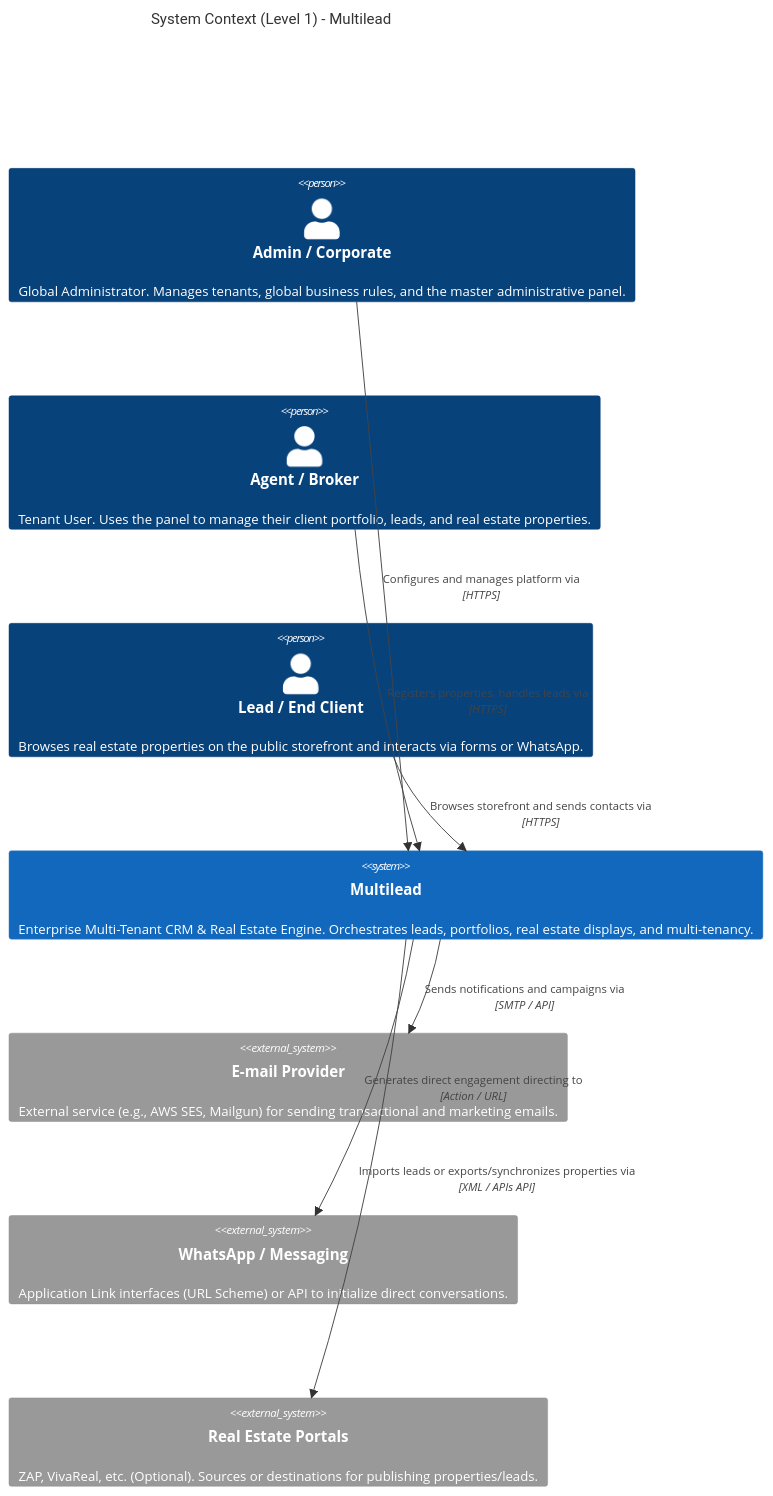
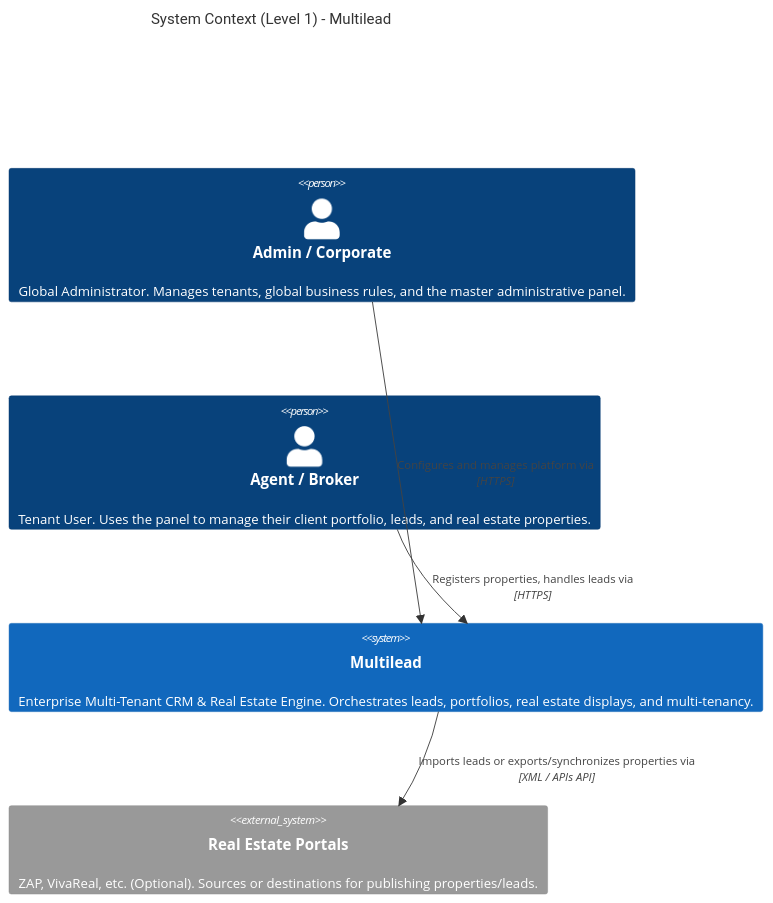
The diagram in docs/architecture/01-system-context.md (thiagotks2/multilead), drawn with Mermaid before and after one commit. The commit also changed 2 other files, not shown here.

Commit message:
docs(architecture): better relations on c4 model

````diff
--- a/docs/architecture/01-system-context.md
+++ b/docs/architecture/01-system-context.md
@@ -5,26 +5,21 @@
 ```mermaid
 C4Context
     title System Context (Level 1) - Multilead
 
     %% Actors
     Person(admin, "Admin / Corporate", "Global Administrator. Manages tenants, global business rules, and the master administrative panel.")
     Person(agent, "Agent / Broker", "Tenant User. Uses the panel to manage their client portfolio, leads, and real estate properties.")
-    Person(lead, "Lead / End Client", "Browses real estate properties on the public storefront and interacts via forms or WhatsApp.")
     
     %% Main System
     System(multilead, "Multilead", "Enterprise Multi-Tenant CRM & Real Estate Engine. Orchestrates leads, portfolios, real estate displays, and multi-tenancy.")
     
     %% External Systems
-    System_Ext(email_provider, "E-mail Provider", "External service (e.g., AWS SES, Mailgun) for sending transactional and marketing emails.")
-    System_Ext(whatsapp_api, "WhatsApp / Messaging", "Application Link interfaces (URL Scheme) or API to initialize direct conversations.")
     System_Ext(portais, "Real Estate Portals", "ZAP, VivaReal, etc. (Optional). Sources or destinations for publishing properties/leads.")
 
     %% Relationships
     Rel(admin, multilead, "Configures and manages platform via", "HTTPS")
     Rel(agent, multilead, "Registers properties, handles leads via", "HTTPS")
-    Rel(lead, multilead, "Browses storefront and sends contacts via", "HTTPS")
     
-    Rel(multilead, email_provider, "Sends notifications and campaigns via", "SMTP / API")
-    Rel(multilead, whatsapp_api, "Generates direct engagement directing to", "Action / URL")
+    
     Rel(multilead, portais, "Imports leads or exports/synchronizes properties via", "XML / APIs API")
 ```
````
